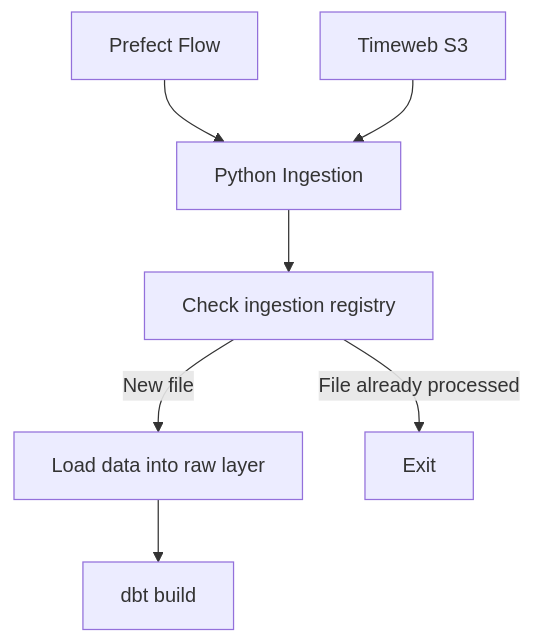
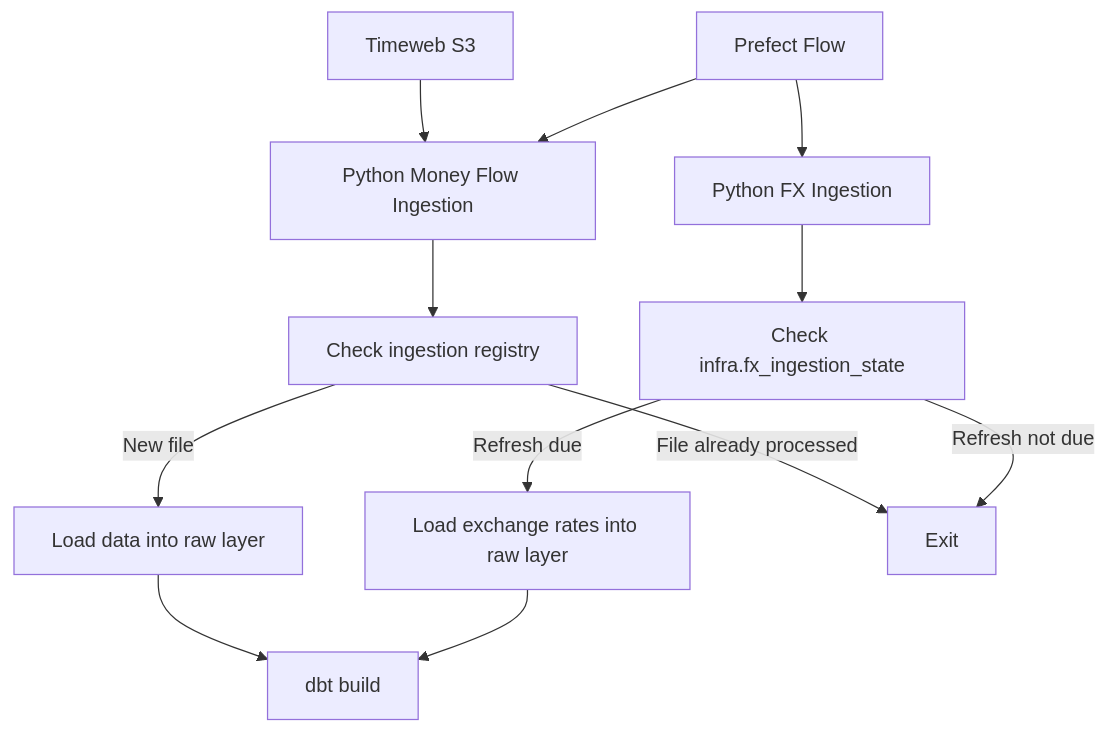
The diagram in orchestration/README.md (w3llnamed/finance_analytics), drawn with Mermaid before and after one commit. The commit also changed other lines of this file and 32 other files, not shown here.

````diff
--- a/orchestration/README.md
+++ b/orchestration/README.md
@@ -25,21 +25,31 @@
 ```mermaid
 flowchart TD
 
     PREFECT["Prefect Flow"]
-    INGEST["Python Ingestion"]
+    INGEST["Python Money Flow Ingestion"]
+    FX_INGEST["Python FX Ingestion"]
     S3["Timeweb S3"]
     REGISTRY["Check ingestion registry"]
+    FX_STATE["Check infra.fx_ingestion_state"]
     LOAD["Load data into raw layer"]
+    FX_LOAD["Load exchange rates into raw layer"]
     DBT["dbt build"]
     EXIT["Exit"]
 
+    S3 --> INGEST
     PREFECT --> INGEST
-    S3 --> INGEST
+    PREFECT --> FX_INGEST
 
     INGEST --> REGISTRY
 
     REGISTRY -->|File already processed| EXIT
     REGISTRY -->|New file| LOAD
 
+    FX_INGEST --> FX_STATE
+
+    FX_STATE -->|Refresh not due| EXIT
+    FX_STATE -->|Refresh due| FX_LOAD
+
     LOAD --> DBT
+    FX_LOAD --> DBT
 ```
````
